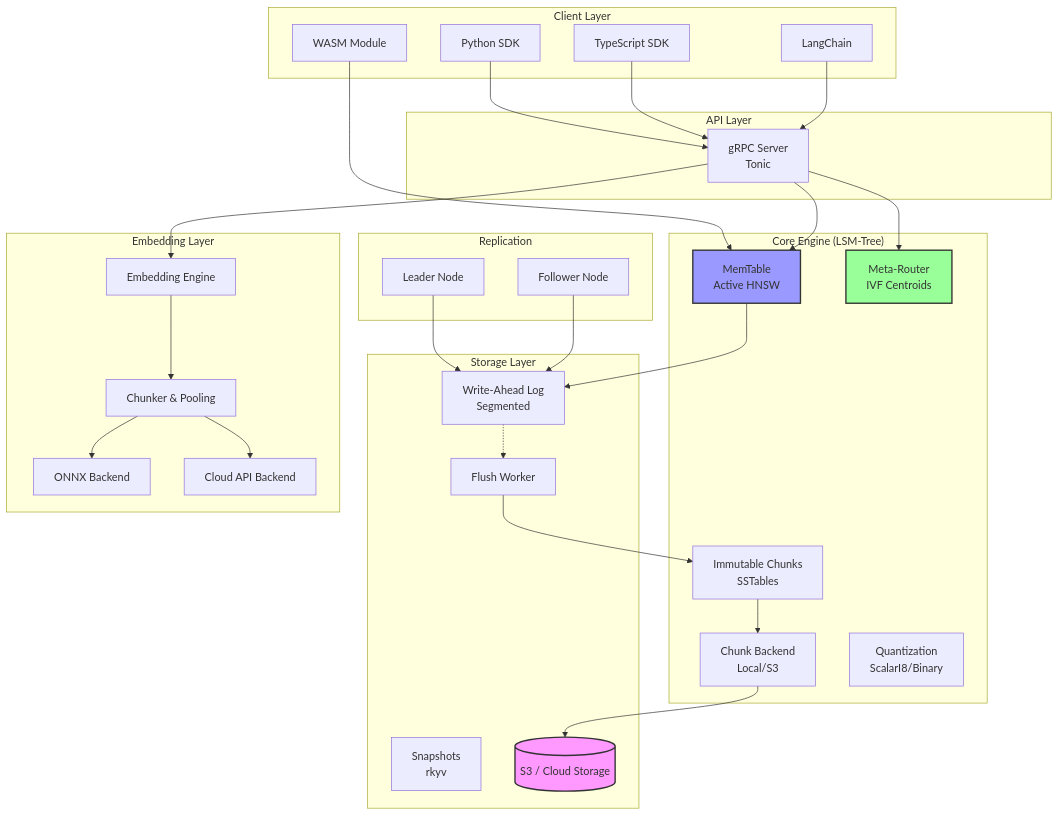
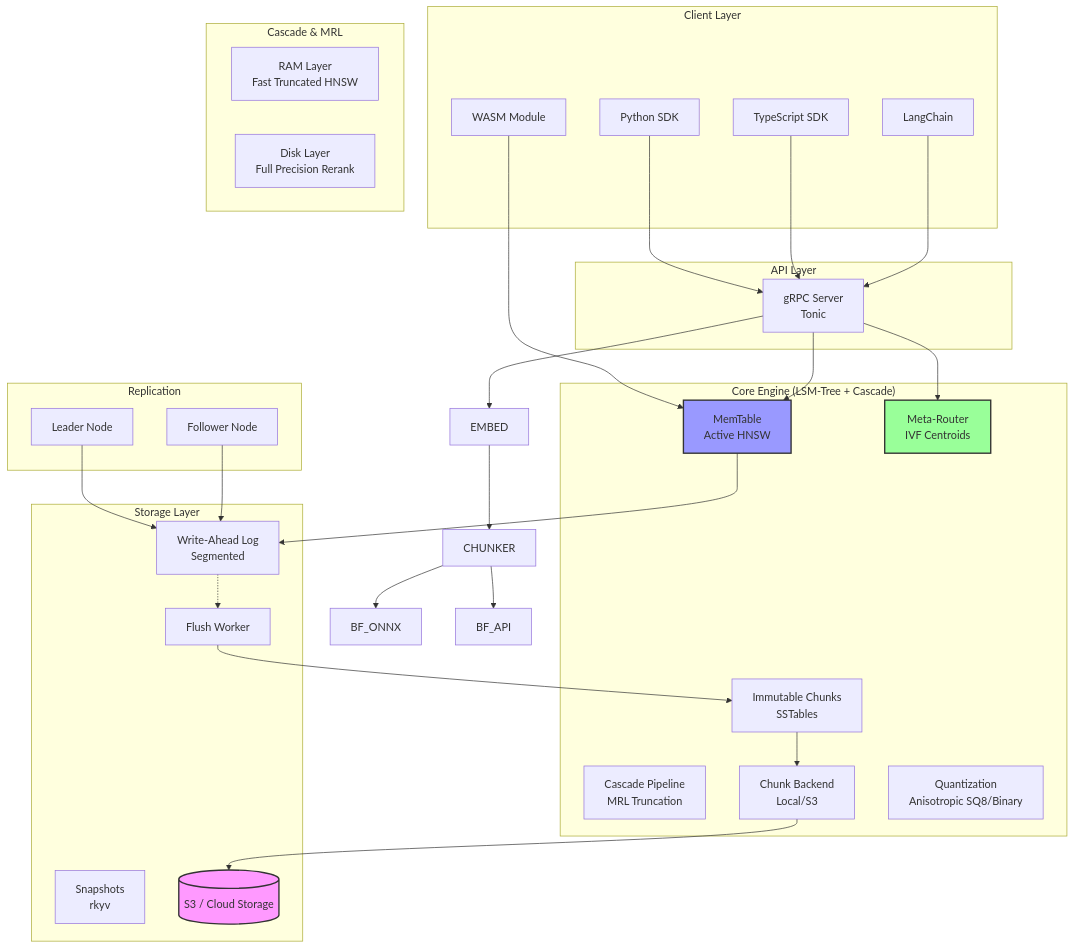
One commit to YARlabs/hyperspace-db changed the first of 7 diagrams in docs/ARCHITECTURE.md. Above: the diagram before and after it, drawn with Mermaid. The commit also changed other lines of this file and 74 other files, not shown here.

````diff
--- a/docs/ARCHITECTURE.md
+++ b/docs/ARCHITECTURE.md
@@ -5,64 +5,63 @@
 ```mermaid
 graph TB
     subgraph "Client Layer"
         PY[Python SDK]
         TS[TypeScript SDK]
         WASM[WASM Module]
         LC[LangChain]
     end
     
     subgraph "API Layer"
         GRPC[gRPC Server<br/>Tonic]
     end
     
-    subgraph "Core Engine (LSM-Tree)"
+    subgraph "Core Engine (LSM-Tree + Cascade)"
         MEM[MemTable<br/>Active HNSW]
         CHUNK[Immutable Chunks<br/>SSTables]
         ROUTER[Meta-Router<br/>IVF Centroids]
+        CASCADE[Cascade Pipeline<br/>MRL Truncation]
         BACKEND[Chunk Backend<br/>Local/S3]
-        QUANT[Quantization<br/>ScalarI8/Binary]
+        QUANT[Quantization<br/>Anisotropic SQ8/Binary]
     end
     
     subgraph "Storage Layer"
         WAL[Write-Ahead Log<br/>Segmented]
         FLUSH[Flush Worker]
         SNAP[Snapshots<br/>rkyv]
         S3[(S3 / Cloud Storage)]
     end
 
-    subgraph "Embedding Layer"
-        EMBED[Embedding Engine]
-        CHUNKER[Chunker & Pooling]
-        BF_ONNX[ONNX Backend]
-        BF_API[Cloud API Backend]
+    subgraph "Cascade & MRL"
+        MRL_RAM[RAM Layer<br/>Fast Truncated HNSW]
+        MRL_DISK[Disk Layer<br/>Full Precision Rerank]
     end
     
     subgraph "Replication"
         LEADER[Leader Node]
         FOLLOWER[Follower Node]
     end
     
     PY --> GRPC
     TS --> GRPC
     LC --> GRPC
     WASM --> MEM
     
     GRPC --> MEM
     GRPC --> ROUTER
     GRPC --> EMBED
     EMBED --> CHUNKER
     CHUNKER --> BF_ONNX
     CHUNKER --> BF_API
     MEM --> WAL
     FLUSH --> CHUNK
     WAL -.-> FLUSH
     CHUNK --> BACKEND
     BACKEND --> S3
     
     LEADER --> WAL
     FOLLOWER --> WAL
     
     style S3 fill:#f9f,stroke:#333,stroke-width:2px
     style ROUTER fill:#9f9,stroke:#333,stroke-width:2px
     style MEM fill:#99f,stroke:#333,stroke-width:2px
 ```
````
